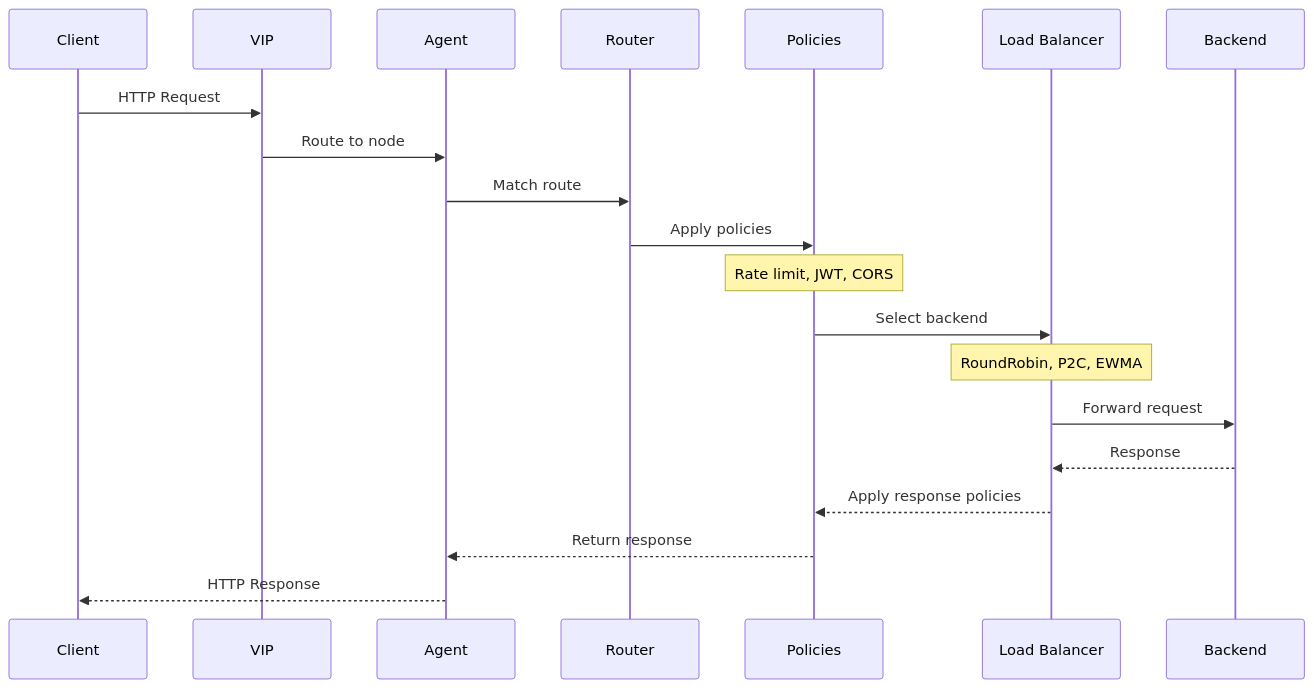
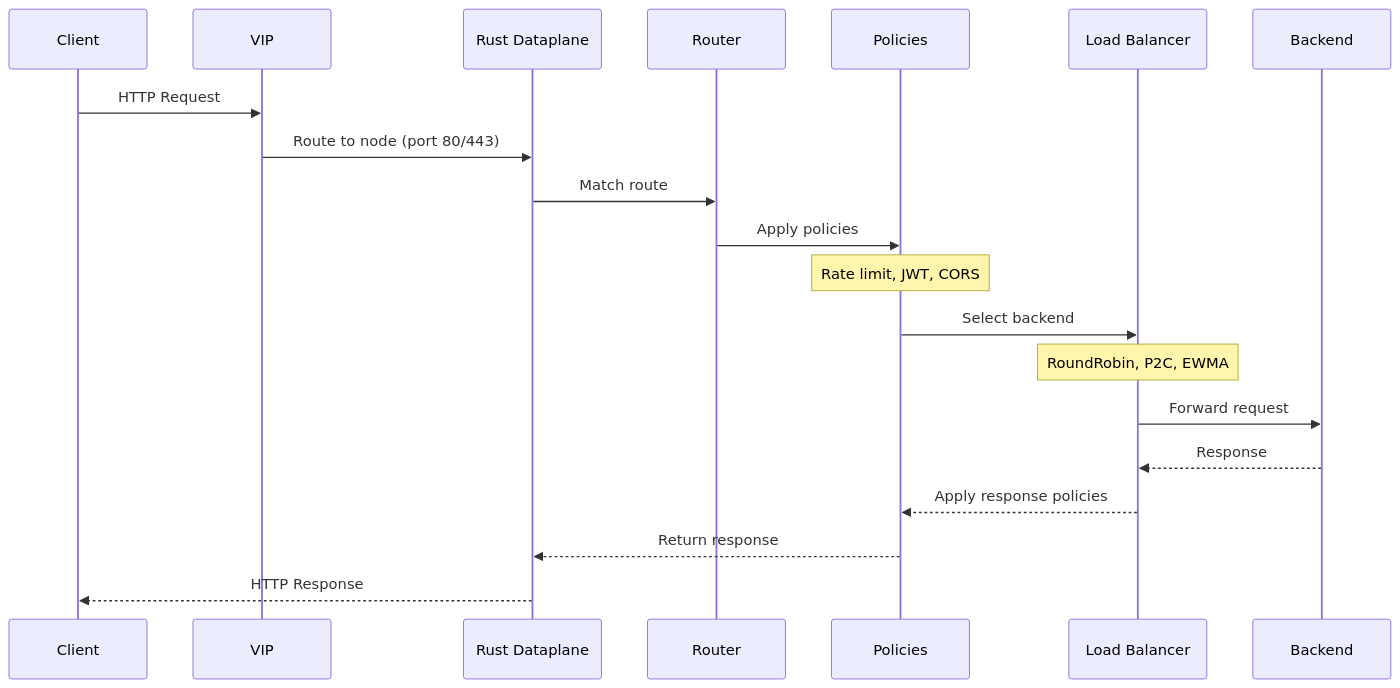
The second of 9 diagrams in docs/architecture/overview.md (azrtydxb/novaedge), drawn with Mermaid before and after one commit. The commit also changed other lines of this file and 11 other files, not shown here.

````diff
--- a/docs/architecture/overview.md
+++ b/docs/architecture/overview.md
@@ -64,23 +65,23 @@
 ```mermaid
 sequenceDiagram
     participant C as Client
     participant V as VIP
-    participant A as Agent
+    participant DP as Rust Dataplane
     participant R as Router
     participant P as Policies
     participant LB as Load Balancer
     participant B as Backend
 
     C->>V: HTTP Request
-    V->>A: Route to node
-    A->>R: Match route
+    V->>DP: Route to node (port 80/443)
+    DP->>R: Match route
     R->>P: Apply policies
     Note over P: Rate limit, JWT, CORS
     P->>LB: Select backend
     Note over LB: RoundRobin, P2C, EWMA
     LB->>B: Forward request
     B-->>LB: Response
     LB-->>P: Apply response policies
-    P-->>A: Return response
-    A-->>C: HTTP Response
+    P-->>DP: Return response
+    DP-->>C: HTTP Response
 ```
````
